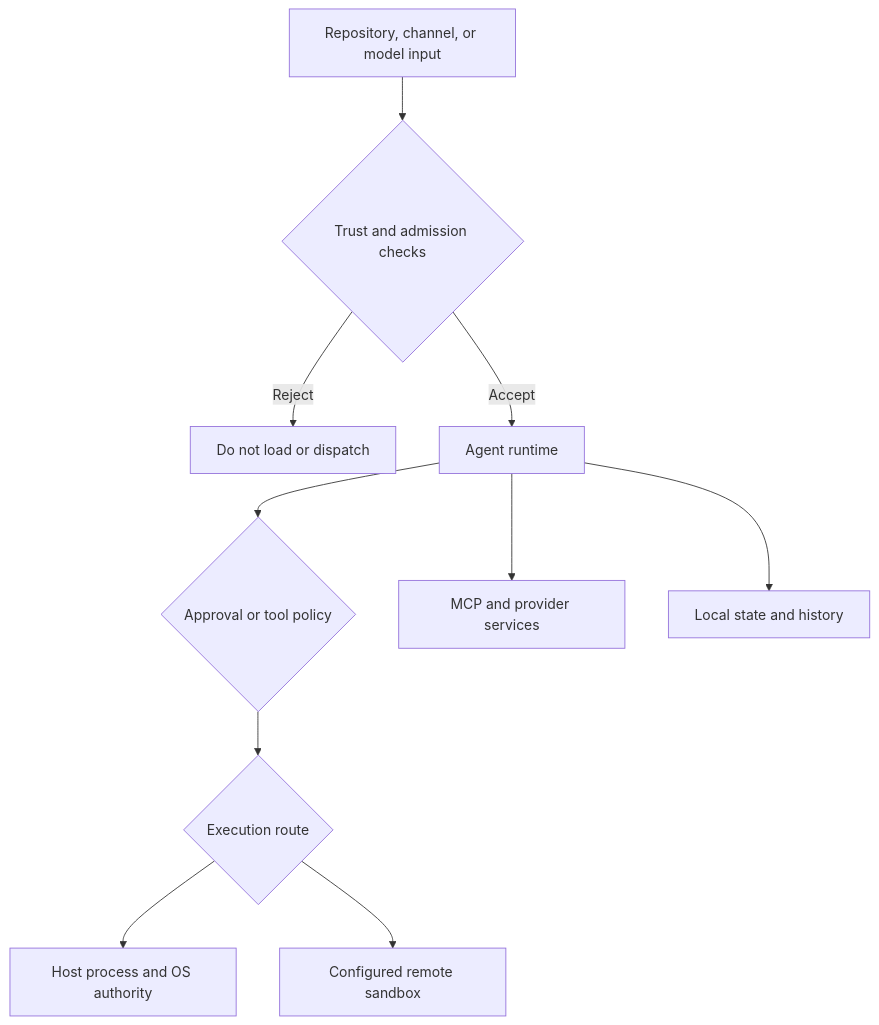
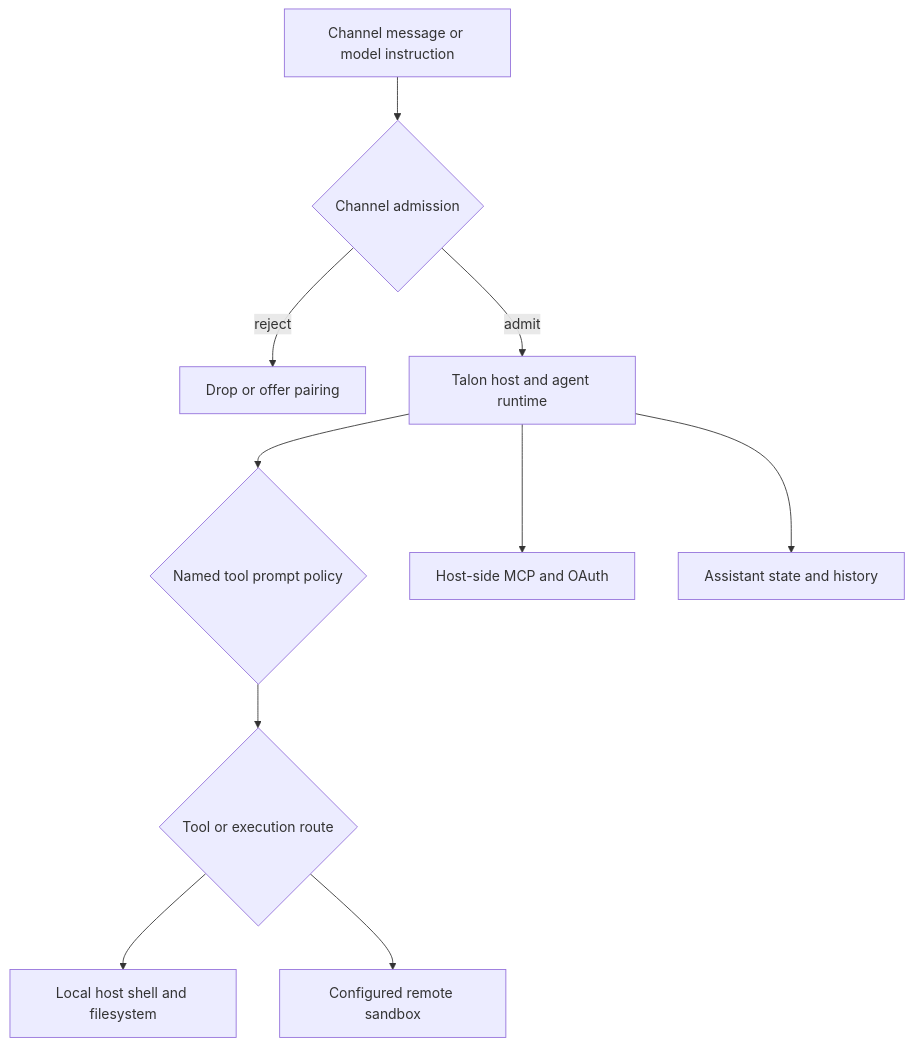
The diagram in openwiki/operations/security.md (langchain-ai/deepagents), drawn with Mermaid before and after one commit. The commit also changed other lines of this file and 43 other files, not shown here.

````diff
--- a/openwiki/operations/security.md
+++ b/openwiki/operations/security.md
@@ -69,12 +55,12 @@
 ```mermaid
 flowchart TD
-    Input["Repository, channel, or model input"] --> Gate{"Trust and admission checks"}
-    Gate -->|"Reject"| Drop["Do not load or dispatch"]
-    Gate -->|"Accept"| Agent["Agent runtime"]
-    Agent --> Policy{"Approval or tool policy"}
-    Policy --> Exec{"Execution route"}
-    Exec --> Host["Host process and OS authority"]
-    Exec --> Sand["Configured remote sandbox"]
-    Agent --> External["MCP and provider services"]
-    Agent --> State["Local state and history"]
+    Input["Channel message or model instruction"] --> Admit{"Channel admission"}
+    Admit -->|"reject"| Drop["Drop or offer pairing"]
+    Admit -->|"admit"| Host["Talon host and agent runtime"]
+    Host --> Prompt{"Named tool prompt policy"}
+    Prompt --> Execute{"Tool or execution route"}
+    Execute --> Local["Local host shell and filesystem"]
+    Execute --> Sandbox["Configured remote sandbox"]
+    Host --> MCP["Host-side MCP and OAuth"]
+    Host --> State["Assistant state and history"]
 ```
````
